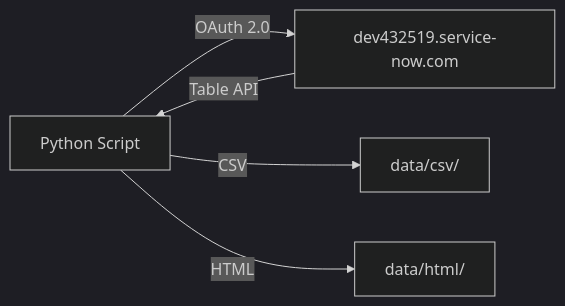
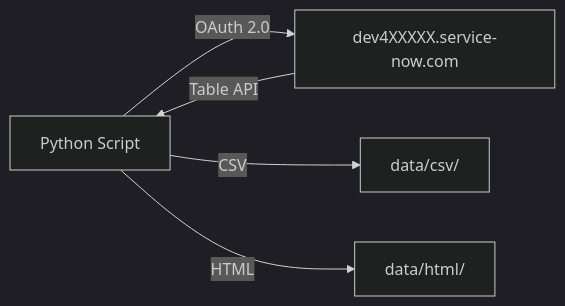
One commit to koate-kpai/servicenow-cmdb-api changed the diagram in README.md. Above: the diagram before and after it, drawn with Mermaid (dark theme). The commit also changed other lines of this file and 2 other files, not shown here.

Commit message:
docs: anonymise ServiceNow dev instance URL (dev432519 -> dev4XXXXX)

````diff
--- a/README.md
+++ b/README.md
@@ -42,7 +42,7 @@
 ```mermaid
 graph LR
-    Script[Python Script] -->|OAuth 2.0| SN[dev432519.service-now.com]
+    Script[Python Script] -->|OAuth 2.0| SN[dev4XXXXX.service-now.com]
     SN -->|Table API| Script
     Script -->|CSV| CSV[data/csv/]
     Script -->|HTML| HTML[data/html/]
 ```
````
